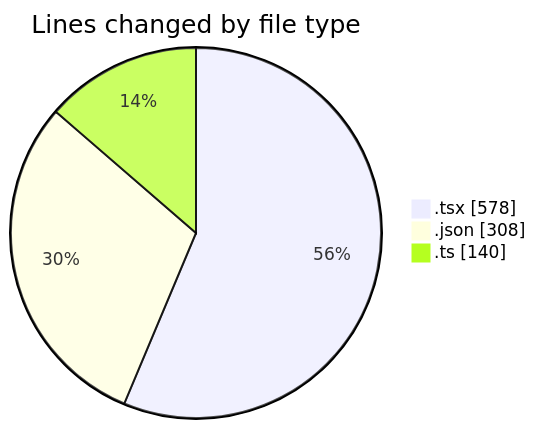
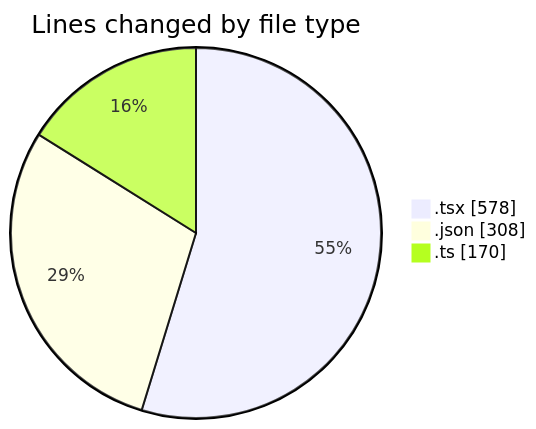
One commit to Elitesun/code-tracking changed the first of 2 diagrams in 2025-04-30/niten/README.md. Above: the diagram before and after it, drawn with Mermaid. The commit also changed other lines of this file and 1 other file, not shown here.

````diff
--- a/2025-04-30/niten/README.md
+++ b/2025-04-30/niten/README.md
@@ -39,7 +41,7 @@
 ```mermaid
 pie showData
 title Lines changed by file type
 ".tsx" : 578
 ".json" : 308
-".ts" : 140
+".ts" : 170
 ```
````
